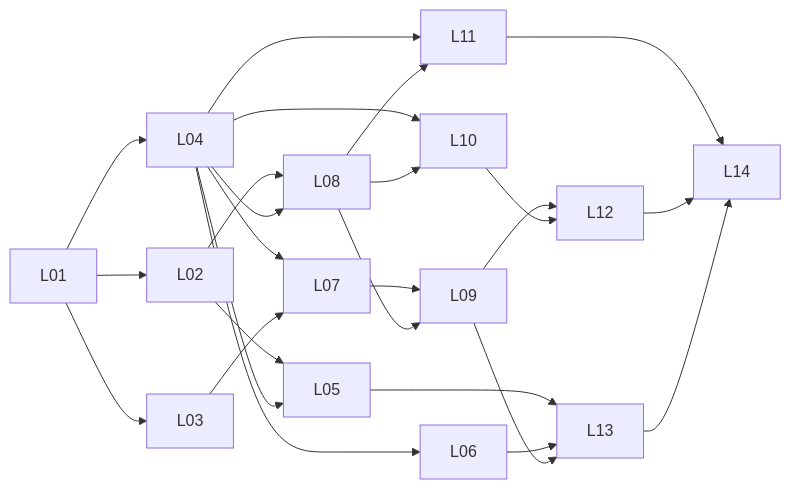
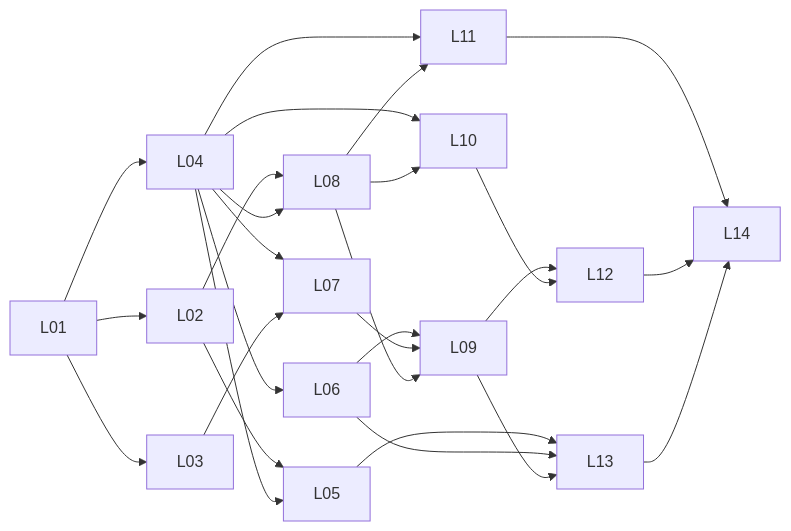
The first of 2 diagrams in docs/70-handoff/72-task-board.md (LeXwDeX/DevOps-Agent), drawn with Mermaid before and after one commit. The commit also changed other lines of this file, not shown here.

Commit message:
docs(handoff): fix L07 event enum reference and add L06->L09 to M1 graph

````diff
--- a/docs/70-handoff/72-task-board.md
+++ b/docs/70-handoff/72-task-board.md
@@ -83,12 +83,12 @@
 ```mermaid
 flowchart LR
     L01 --> L02 & L03 & L04
     L02 --> L05 & L08
     L04 --> L05 & L06 & L07 & L08 & L10 & L11
     L03 --> L07
-    L07 & L08 --> L09
+    L06 & L07 & L08 --> L09
     L08 --> L10 & L11
     L09 & L10 --> L12
     L05 & L06 & L09 --> L13
     L11 & L12 & L13 --> L14
 ```
````
